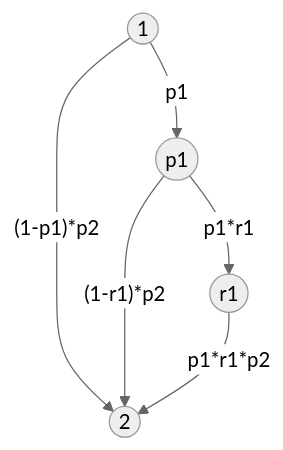
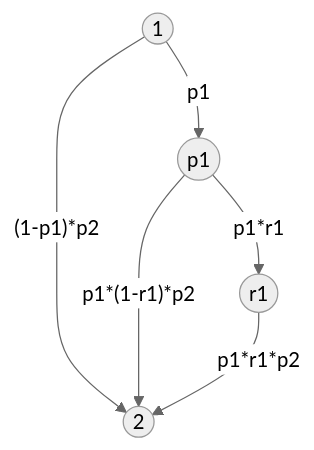
One commit to bfeitknecht/vault changed the first of 2 diagrams in vault/sem2/AuW/UE/cx/bf/cx07-bf.md. Above: the diagram before and after it, drawn with Mermaid (neutral theme). The commit also changed other lines of this file, not shown here.

````diff
--- a/vault/sem2/AuW/UE/cx/bf/cx07-bf.md
+++ b/vault/sem2/AuW/UE/cx/bf/cx07-bf.md
@@ -2,10 +2,10 @@
 ```mermaid
 flowchart TD
 
 id1((1))-->|"(1-p1)*p2"|id2((2))
 id1-->|"p1"|id3((p1))
 id3-->|"p1*r1"|id4((r1))
-id3-->|"(1-r1)*p2"|id2
+id3-->|"p1*(1-r1)*p2"|id2
 id4-->|"p1*r1*p2"|id2
 
 ```
````
